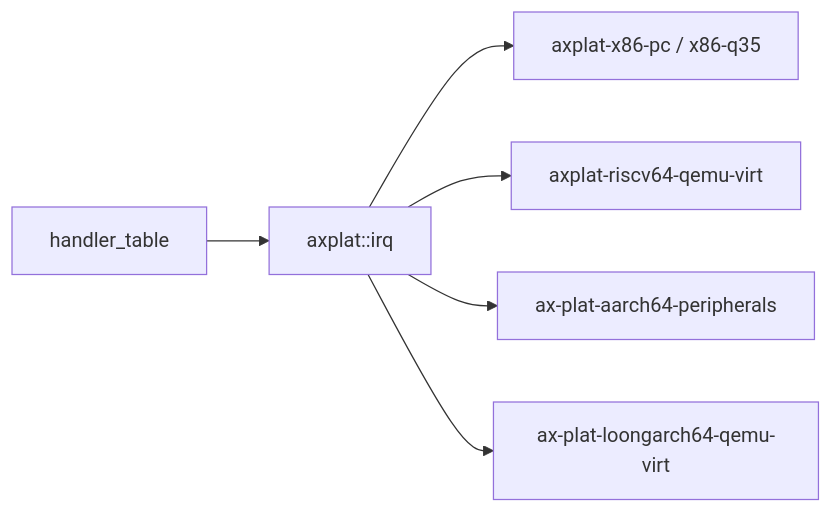
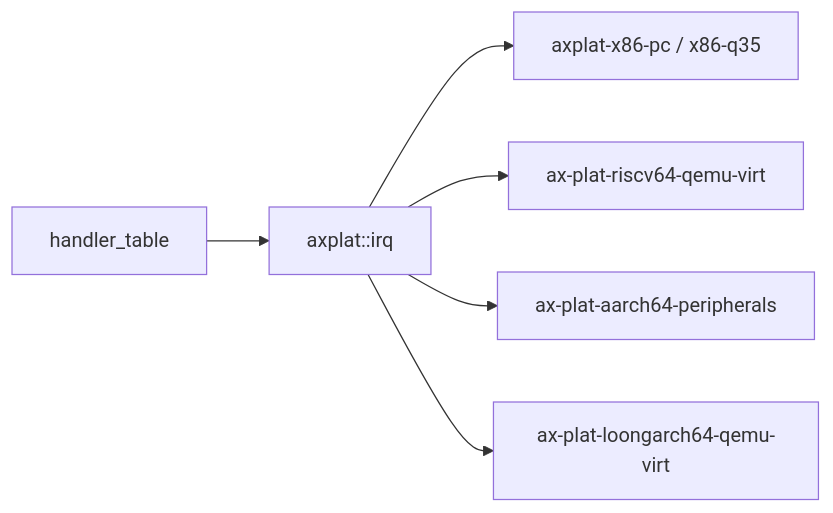
Before and after one commit to zKurisu/tgoskits: the second of 2 diagrams in docs/crates/handler_table.md, drawn with Mermaid. The commit also changed other lines of this file and 41 other files, not shown here.

Commit message:
rename axplat-riscv64-qemu-virt to ax-plat-riscv64-qemu-virt

````diff
--- a/docs/crates/handler_table.md
+++ b/docs/crates/handler_table.md
@@ -66,8 +66,8 @@
 ```mermaid
 graph LR
     handler_table["handler_table"] --> axplat["axplat::irq"]
     axplat --> x86["axplat-x86-pc / x86-q35"]
-    axplat --> riscv["axplat-riscv64-qemu-virt"]
+    axplat --> riscv["ax-plat-riscv64-qemu-virt"]
     axplat --> aarch64["ax-plat-aarch64-peripherals"]
     axplat --> loongarch["ax-plat-loongarch64-qemu-virt"]
 ```
````
